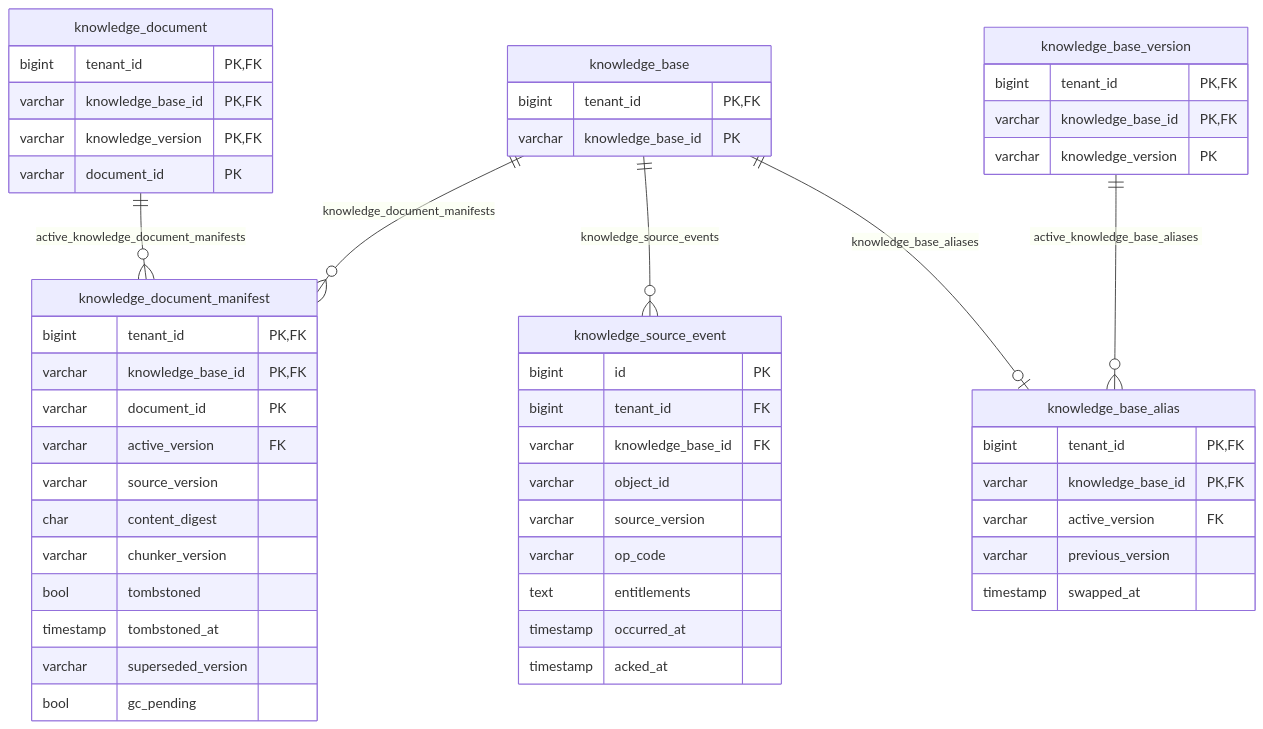
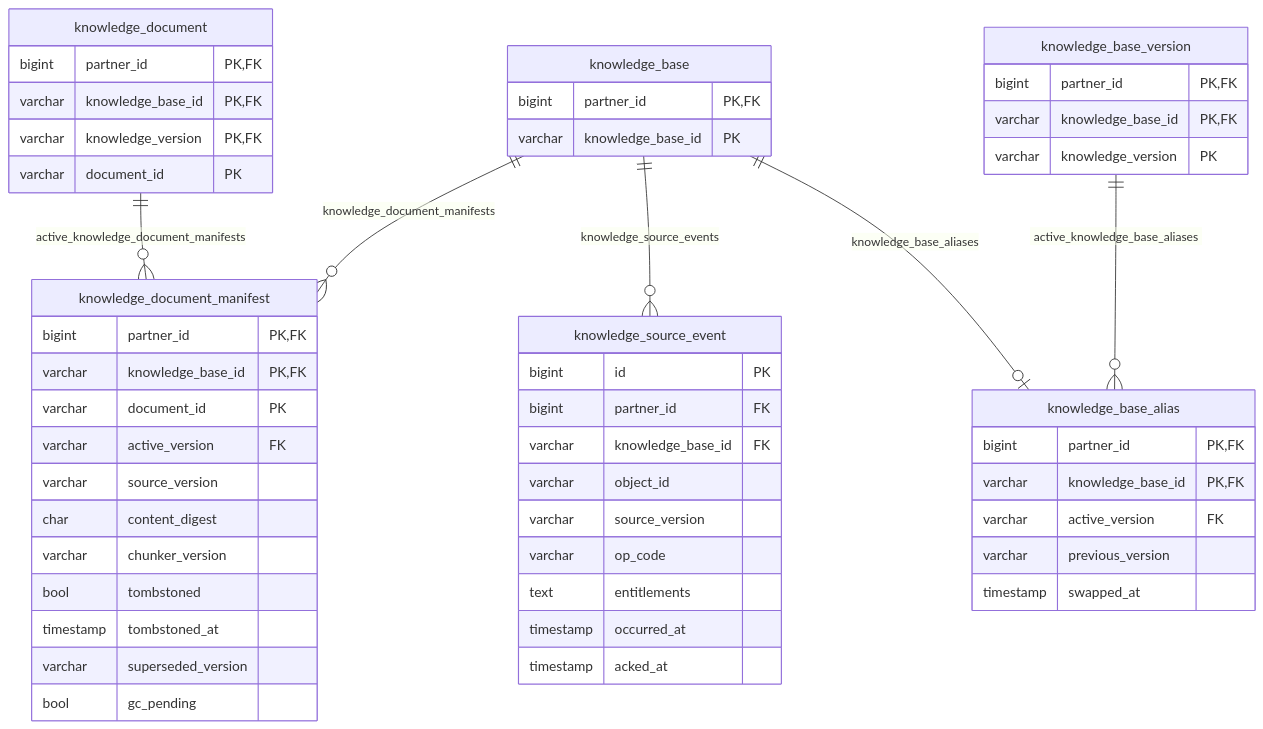
One commit to nauticana/scout changed diagram 13 of 18 in doc/database.md. Above: the diagram before and after it, drawn with Mermaid. The commit also changed other lines of this file and 163 other files, not shown here.

Commit message:
Partner-scoped tenant tables, a registration catalog, tenant-aware tool listing

````diff
--- a/doc/database.md
+++ b/doc/database.md
@@ -1171,55 +1172,55 @@
 ```mermaid
 erDiagram
     knowledge_base ||--o{ knowledge_document_manifest : knowledge_document_manifests
     knowledge_document ||--o{ knowledge_document_manifest : active_knowledge_document_manifests
     knowledge_base ||--o{ knowledge_source_event : knowledge_source_events
     knowledge_base ||--o| knowledge_base_alias : knowledge_base_aliases
     knowledge_base_version ||--o{ knowledge_base_alias : active_knowledge_base_aliases
 
     knowledge_base {
-        bigint tenant_id PK,FK
+        bigint partner_id PK,FK
         varchar knowledge_base_id PK
     }
     knowledge_base_version {
-        bigint tenant_id PK,FK
+        bigint partner_id PK,FK
         varchar knowledge_base_id PK,FK
         varchar knowledge_version PK
     }
     knowledge_document {
-        bigint tenant_id PK,FK
+        bigint partner_id PK,FK
         varchar knowledge_base_id PK,FK
         varchar knowledge_version PK,FK
         varchar document_id PK
     }
     knowledge_document_manifest {
-        bigint tenant_id PK,FK
+        bigint partner_id PK,FK
         varchar knowledge_base_id PK,FK
         varchar document_id PK
         varchar active_version FK
         varchar source_version
         char content_digest
         varchar chunker_version
         bool tombstoned
         timestamp tombstoned_at
         varchar superseded_version
         bool gc_pending
     }
     knowledge_base_alias {
-        bigint tenant_id PK,FK
+        bigint partner_id PK,FK
         varchar knowledge_base_id PK,FK
         varchar active_version FK
         varchar previous_version
         timestamp swapped_at
     }
     knowledge_source_event {
         bigint id PK
-        bigint tenant_id FK
+        bigint partner_id FK
         varchar knowledge_base_id FK
         varchar object_id
         varchar source_version
         varchar op_code
         text entitlements
         timestamp occurred_at
         timestamp acked_at
     }
 ```
````
